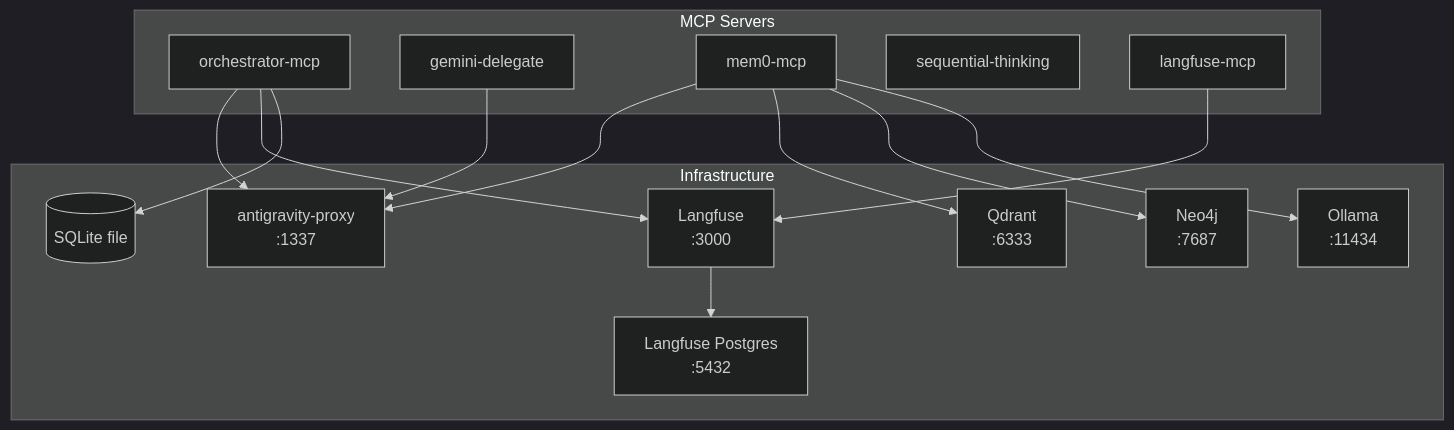
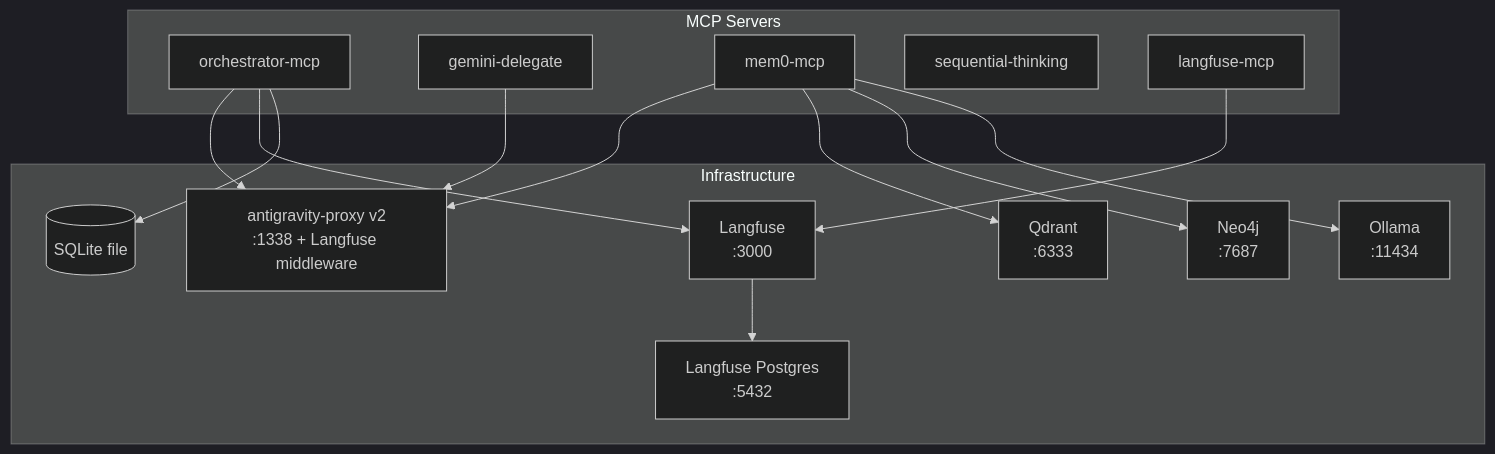
One commit to SpandrelInteractive/claude_workspace changed the diagram in .claude/docs/mcp-servers.md. Above: the diagram before and after it, drawn with Mermaid (dark theme). The commit also changed other lines of this file and 23 other files, not shown here.

````diff
--- a/.claude/docs/mcp-servers.md
+++ b/.claude/docs/mcp-servers.md
@@ -15,31 +15,31 @@
 ```mermaid
 graph TB
     subgraph "MCP Servers"
         OM[orchestrator-mcp]
         GM[gemini-delegate]
         MM[mem0-mcp]
         ST[sequential-thinking]
         LM[langfuse-mcp]
     end
 
     subgraph "Infrastructure"
-        PROXY[antigravity-proxy<br/>:1337]
+        PROXY[antigravity-proxy v2<br/>:1338 + Langfuse middleware]
         LF[Langfuse<br/>:3000]
         LFDB[Langfuse Postgres<br/>:5432]
         QD[Qdrant<br/>:6333]
         N4J[Neo4j<br/>:7687]
         OL[Ollama<br/>:11434]
         SQL[(SQLite file)]
     end
 
     OM --> PROXY
     OM --> LF
     OM --> SQL
     GM --> PROXY
     MM --> PROXY
     MM --> QD
     MM --> N4J
     MM --> OL
     LM --> LF
     LF --> LFDB
 ```
````
